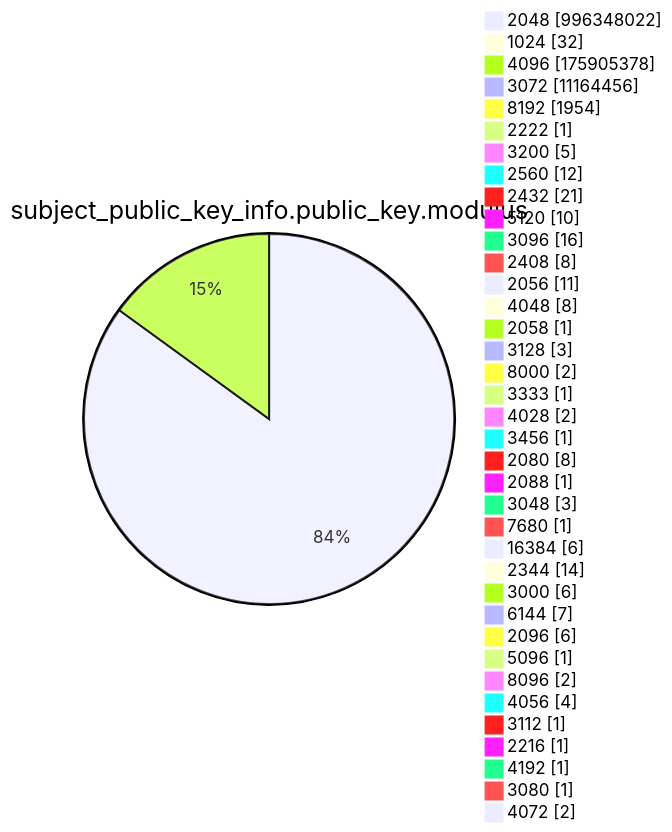
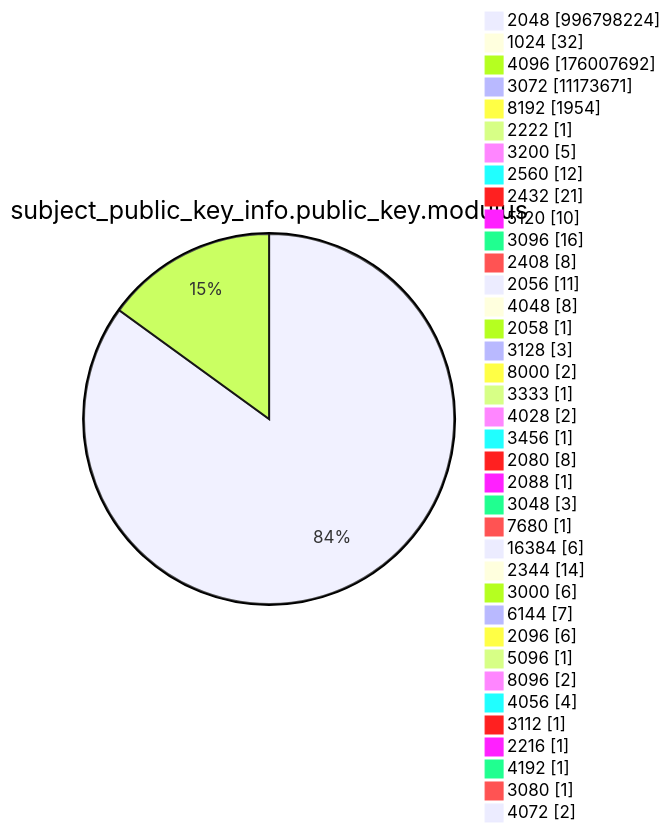
Diagram 13 of 15 in argon2022/README.md (christiankrug/ctmonitor_visualization), drawn with Mermaid before and after one commit. The commit also changed other lines of this file, not shown here.

````diff
--- a/argon2022/README.md
+++ b/argon2022/README.md
@@ -3587,41 +3587,41 @@
 ```mermaid
 pie showData
 title subject_public_key_info.public_key.modulus
-"2048" :996348022
+"2048" :996798224
 "1024" :32
-"4096" :175905378
-"3072" :11164456
+"4096" :176007692
+"3072" :11173671
 "8192" :1954
 "2222" :1
 "3200" :5
 "2560" :12
 "2432" :21
 "5120" :10
 "3096" :16
 "2408" :8
 "2056" :11
 "4048" :8
 "2058" :1
 "3128" :3
 "8000" :2
 "3333" :1
 "4028" :2
 "3456" :1
 "2080" :8
 "2088" :1
 "3048" :3
 "7680" :1
 "16384" :6
 "2344" :14
 "3000" :6
 "6144" :7
 "2096" :6
 "5096" :1
 "8096" :2
 "4056" :4
 "3112" :1
 "2216" :1
 "4192" :1
 "3080" :1
 "4072" :2
 ```
````
